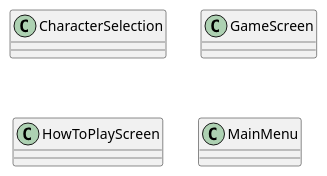
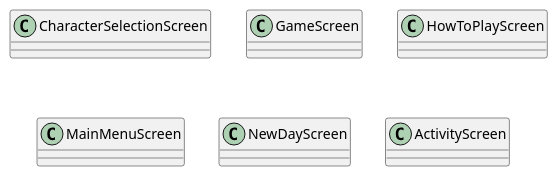
Before and after one commit to Mxtt-smith/Group-12-ENG1: the diagram in UML_Diagrams/screens_Class_Diagram.puml, drawn with PlantUML. The commit also changed 2 other files, not shown here.

Commit message:
added class diagrams

```diff
--- a/UML_Diagrams/screens_Class_Diagram.puml
+++ b/UML_Diagrams/screens_Class_Diagram.puml
@@ -1,13 +1,15 @@
 @startuml
 'https://plantuml.com/class-diagram
 
-class CharacterSelection
+class CharacterSelectionScreen
 
 class GameScreen
 
 class HowToPlayScreen
 
-class MainMenu
+class MainMenuScreen
 
+class NewDayScreen
 
+class ActivityScreen
 @enduml
```
